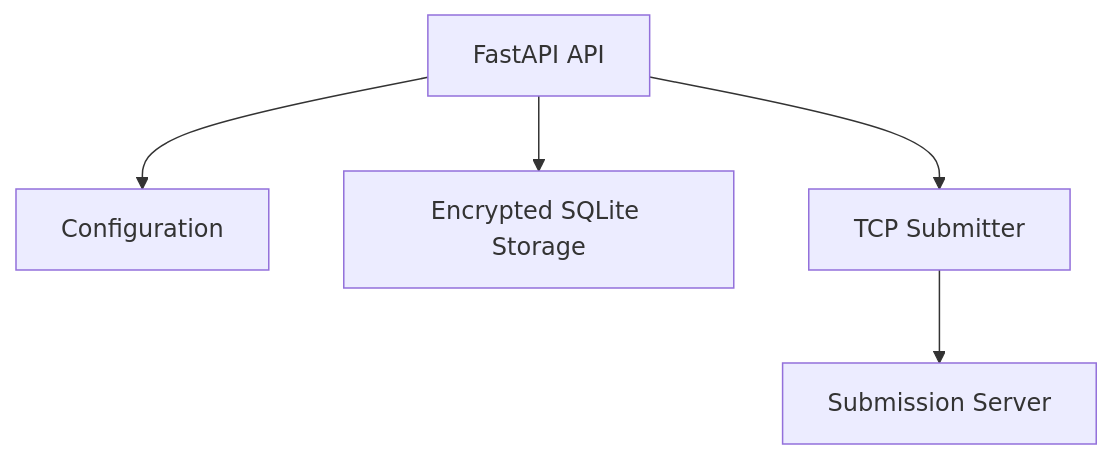
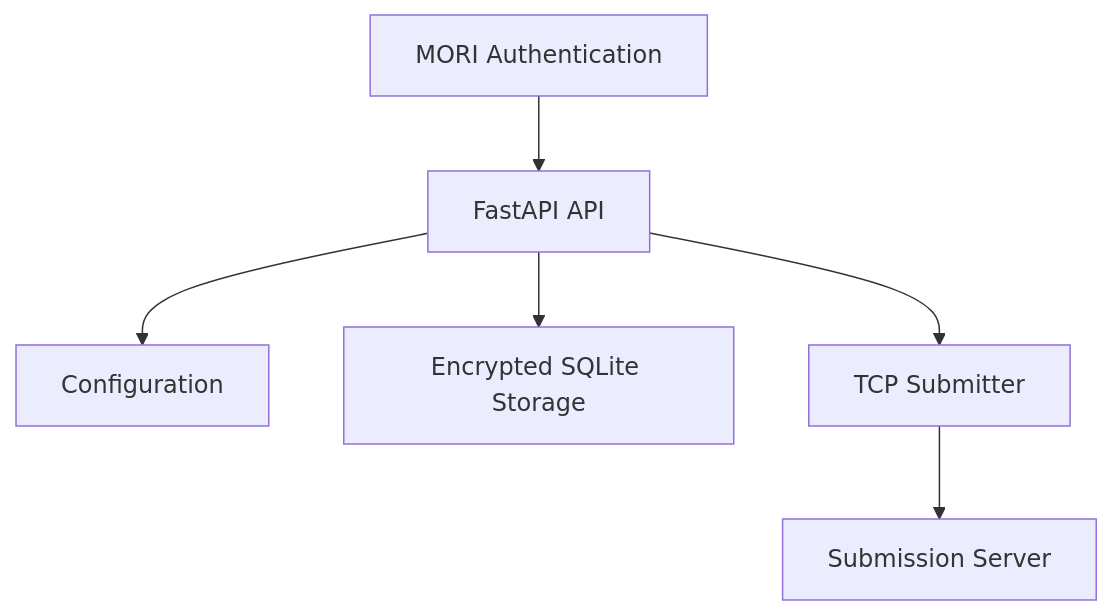
Before and after one commit to Denis-Krueger-labs/MOTH: the second of 14 diagrams in README.md, drawn with Mermaid. The commit also changed other lines of this file, not shown here.

Commit message:
mori redacted the floor plan

````diff
--- a/README.md
+++ b/README.md
@@ -130,14 +143,15 @@
 ```mermaid
 flowchart TB
+    AUTH[MORI Authentication]
     API[FastAPI API]
-
     CONFIG[Configuration]
     DB[Encrypted SQLite Storage]
     SUB[TCP Submitter]
 
+    AUTH --> API
     API --> CONFIG
     API --> DB
     API --> SUB
 
     SUB --> GS[Submission Server]
 ```
````
